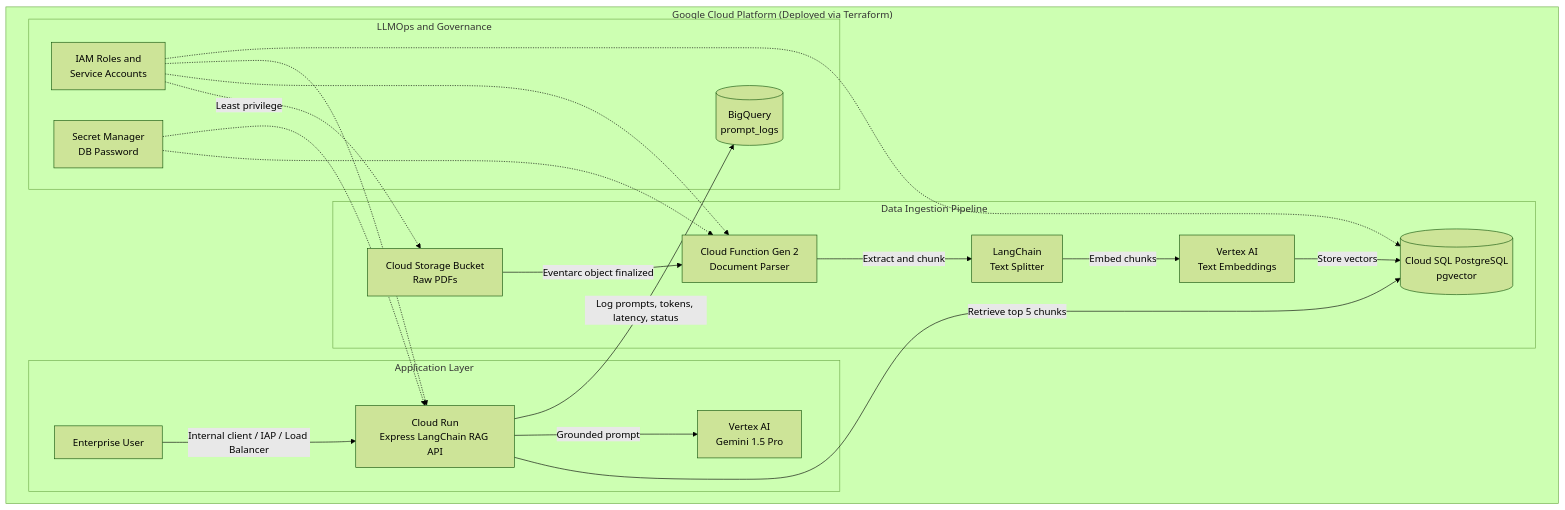
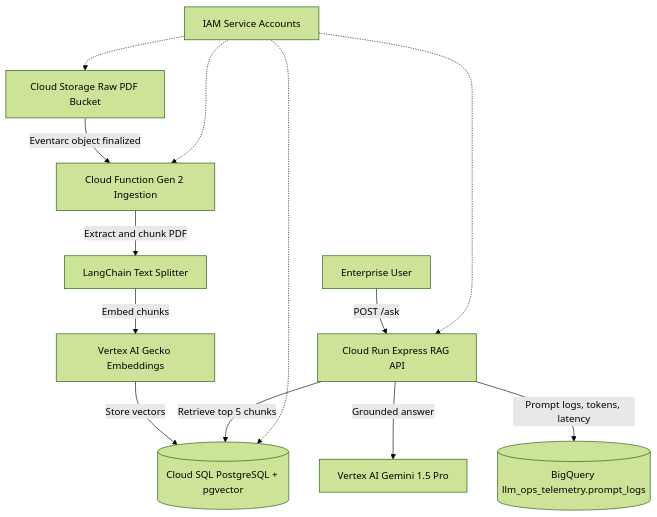
One commit to otyeung/vertex-enterprise-rag changed the diagram in README.md. Above: the diagram before and after it, drawn with Mermaid (forest theme).

Commit message:
docs(readme): 調整架構圖

````diff
--- a/README.md
+++ b/README.md
@@ -29,27 +29,15 @@
 ```mermaid
 graph TD
-    subgraph GCP["Google Cloud Platform (Deployed via Terraform)"]
-        subgraph Ingestion["Data Ingestion Pipeline"]
-            GCS[Cloud Storage Bucket<br>Raw PDFs] -->|Eventarc object finalized| Fn[Cloud Function Gen 2<br>Document Parser]
-            Fn -->|Extract and chunk| Split[LangChain<br>Text Splitter]
-            Split -->|Embed chunks| Embed[Vertex AI<br>Text Embeddings]
-            Embed -->|Store vectors| VectorDB[(Cloud SQL PostgreSQL<br>pgvector)]
-        end
-
-        subgraph App["Application Layer"]
-            User[Enterprise User] -->|Internal client / IAP / Load Balancer| Run[Cloud Run<br>Express LangChain RAG API]
-            Run -->|Retrieve top 5 chunks| VectorDB
-            Run -->|Grounded prompt| Gemini[Vertex AI<br>Gemini 1.5 Pro]
-        end
-
-        subgraph Gov["LLMOps and Governance"]
-            Run -->|Log prompts, tokens, latency, status| BQ[(BigQuery<br>prompt_logs)]
-            IAM[IAM Roles and<br>Service Accounts] -.->|Least privilege| GCS
-            IAM -.-> Fn
-            IAM -.-> Run
-            IAM -.-> VectorDB
-            Secret[Secret Manager<br>DB Password] -.-> Fn
-            Secret -.-> Run
-        end
-    end
+    User[Enterprise User] -->|POST /ask| Run[Cloud Run Express RAG API]
+    GCS[Cloud Storage Raw PDF Bucket] -->|Eventarc object finalized| Fn[Cloud Function Gen 2 Ingestion]
+    Fn -->|Extract and chunk PDF| Split[LangChain Text Splitter]
+    Split -->|Embed chunks| Embed[Vertex AI Gecko Embeddings]
+    Embed -->|Store vectors| SQL[(Cloud SQL PostgreSQL + pgvector)]
+    Run -->|Retrieve top 5 chunks| SQL
+    Run -->|Grounded answer| Gemini[Vertex AI Gemini 1.5 Pro]
+    Run -->|Prompt logs, tokens, latency| BQ[(BigQuery llm_ops_telemetry.prompt_logs)]
+    IAM[IAM Service Accounts] -.-> GCS
+    IAM -.-> Fn
+    IAM -.-> Run
+    IAM -.-> SQL
 ```
````
